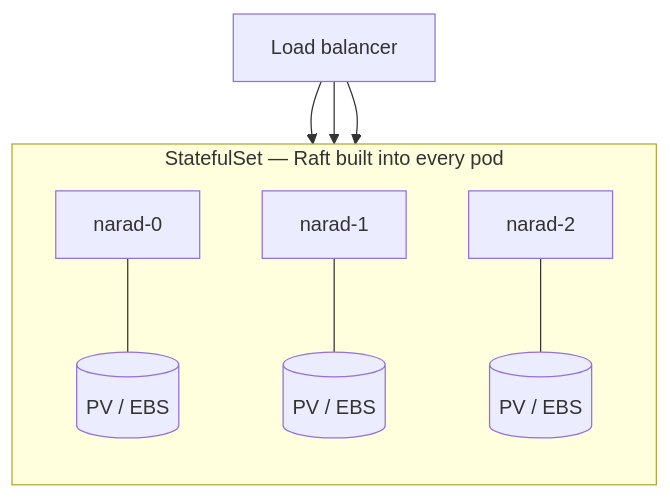
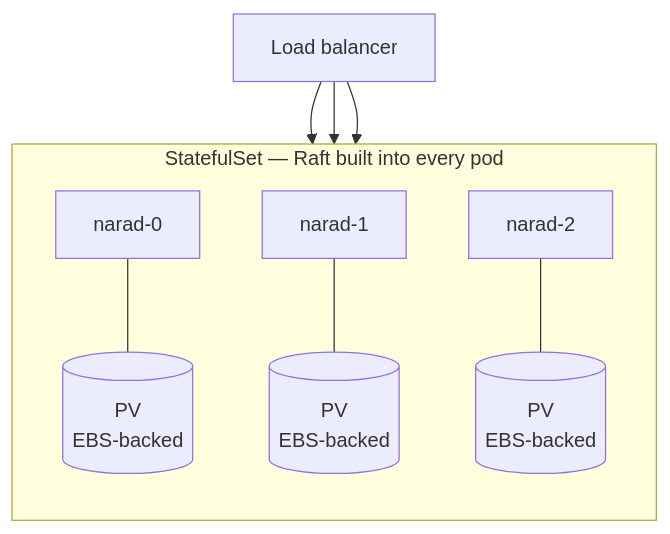
The fourth of 4 diagrams in docs/index.md (DebanganThakuria/narad), drawn with Mermaid before and after one commit. The commit also changed other lines of this file and 8 other files, not shown here.

````diff
--- a/docs/index.md
+++ b/docs/index.md
@@ -72,11 +90,11 @@
 ```mermaid
 flowchart TB
     LB[Load balancer]
     subgraph ss["StatefulSet — Raft built into every pod"]
         direction TB
-        N0[narad-0] --- V0[("PV / EBS")]
-        N1[narad-1] --- V1[("PV / EBS")]
-        N2[narad-2] --- V2[("PV / EBS")]
+        N0[narad-0] --- V0[("PV<br/>EBS-backed")]
+        N1[narad-1] --- V1[("PV<br/>EBS-backed")]
+        N2[narad-2] --- V2[("PV<br/>EBS-backed")]
     end
     LB --> N0 & N1 & N2
 ```
````
